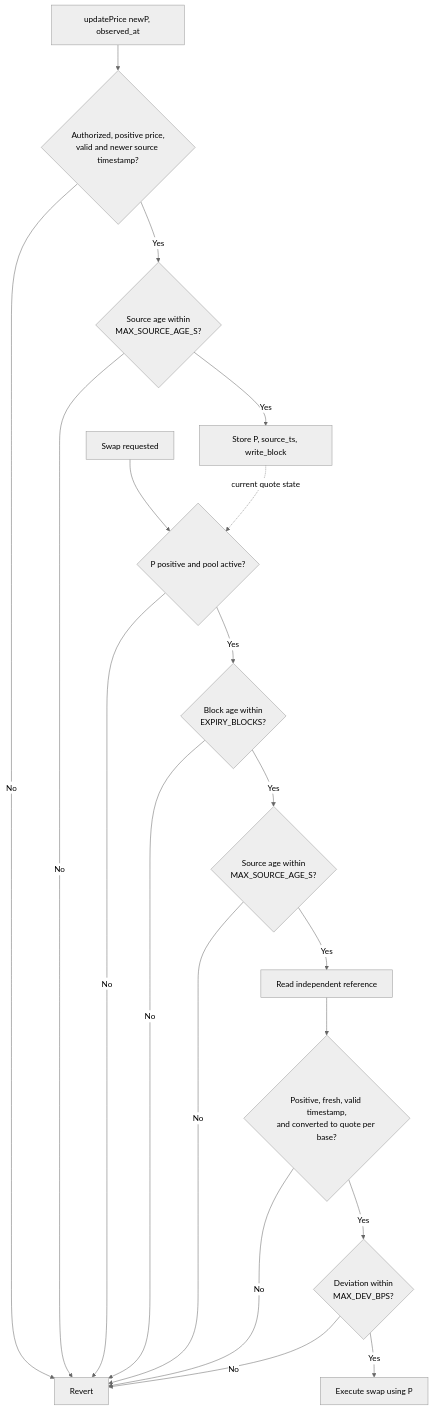
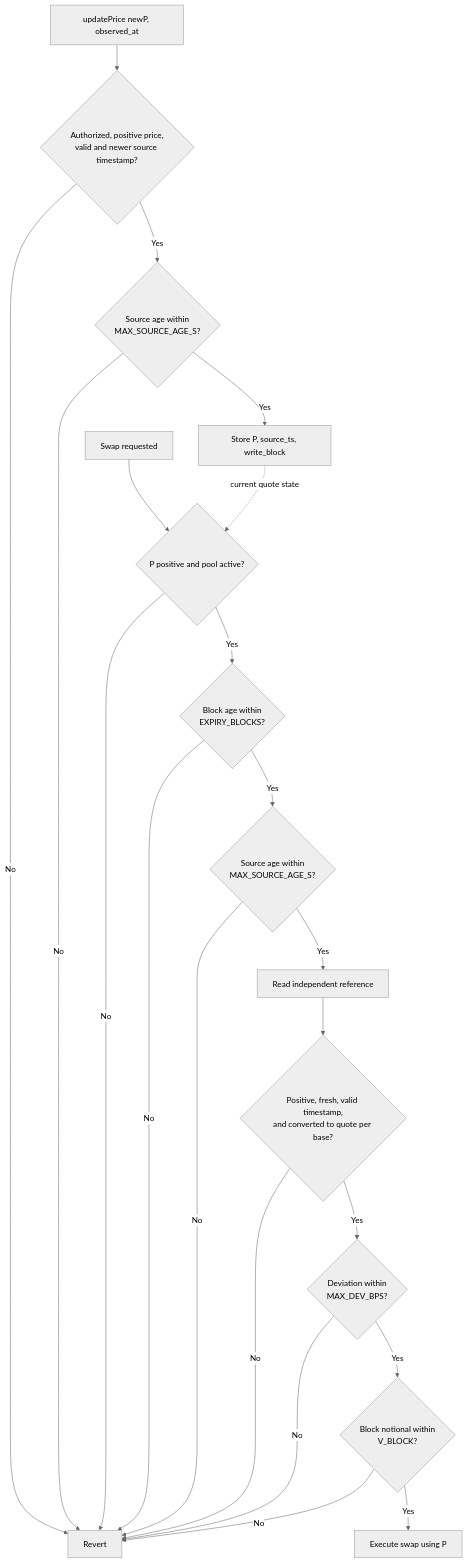
The second of 2 diagrams in part3_arb_defence/DEFENCE.md (JOYHSU-QUANT/propamm-takehome), drawn with Mermaid (neutral theme) before and after one commit. The commit also changed other lines of this file and 2 other files, not shown here.

````diff
--- a/part3_arb_defence/DEFENCE.md
+++ b/part3_arb_defence/DEFENCE.md
@@ -104,22 +140,24 @@
 ```mermaid
 flowchart TD
     Update[updatePrice newP, observed_at] --> ValidUpdate{"Authorized, positive price,<br/>valid and newer source timestamp?"}
     ValidUpdate -->|No| Revert[Revert]
     ValidUpdate -->|Yes| FreshUpdate{"Source age within<br/>MAX_SOURCE_AGE_S?"}
     FreshUpdate -->|No| Revert
     FreshUpdate -->|Yes| Store[Store P, source_ts, write_block]
 
     Swap[Swap requested] --> Live{"P positive and pool active?"}
     Store -.->|current quote state| Live
     Live -->|No| Revert
     Live -->|Yes| BlockAge{"Block age within<br/>EXPIRY_BLOCKS?"}
     BlockAge -->|No| Revert
     BlockAge -->|Yes| SourceAge{"Source age within<br/>MAX_SOURCE_AGE_S?"}
     SourceAge -->|No| Revert
     SourceAge -->|Yes| Ref[Read independent reference]
     Ref --> ValidRef{"Positive, fresh, valid timestamp,<br/>and converted to quote per base?"}
     ValidRef -->|No| Revert
     ValidRef -->|Yes| Deviation{"Deviation within<br/>MAX_DEV_BPS?"}
     Deviation -->|No| Revert
-    Deviation -->|Yes| Execute[Execute swap using P]
+    Deviation -->|Yes| Budget{"Block notional within<br/>V_BLOCK?"}
+    Budget -->|No| Revert
+    Budget -->|Yes| Execute[Execute swap using P]
 ```
````
